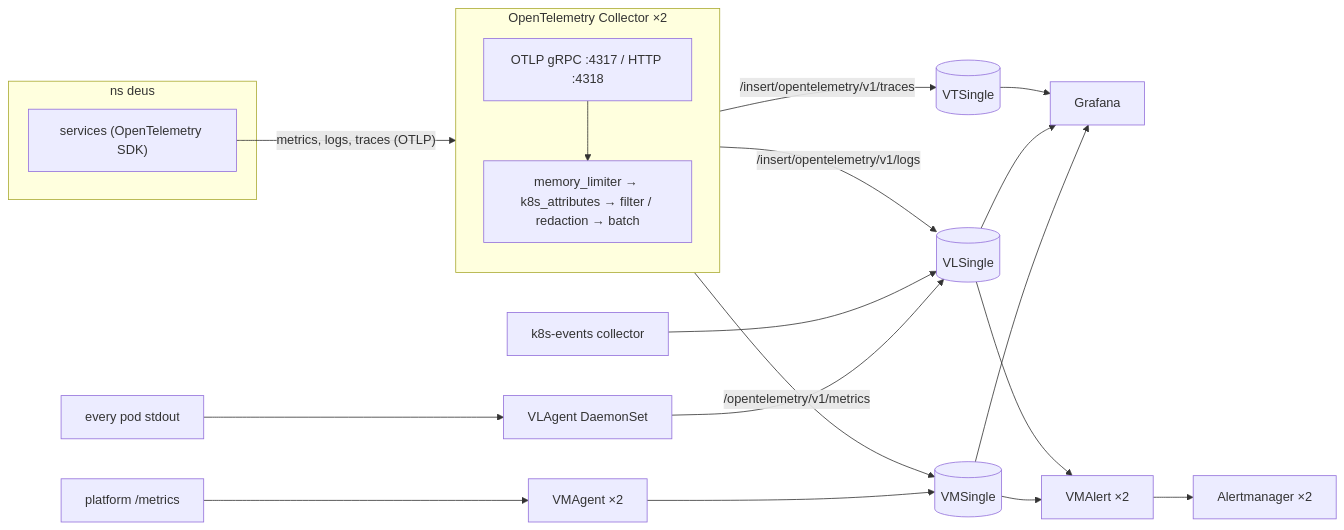
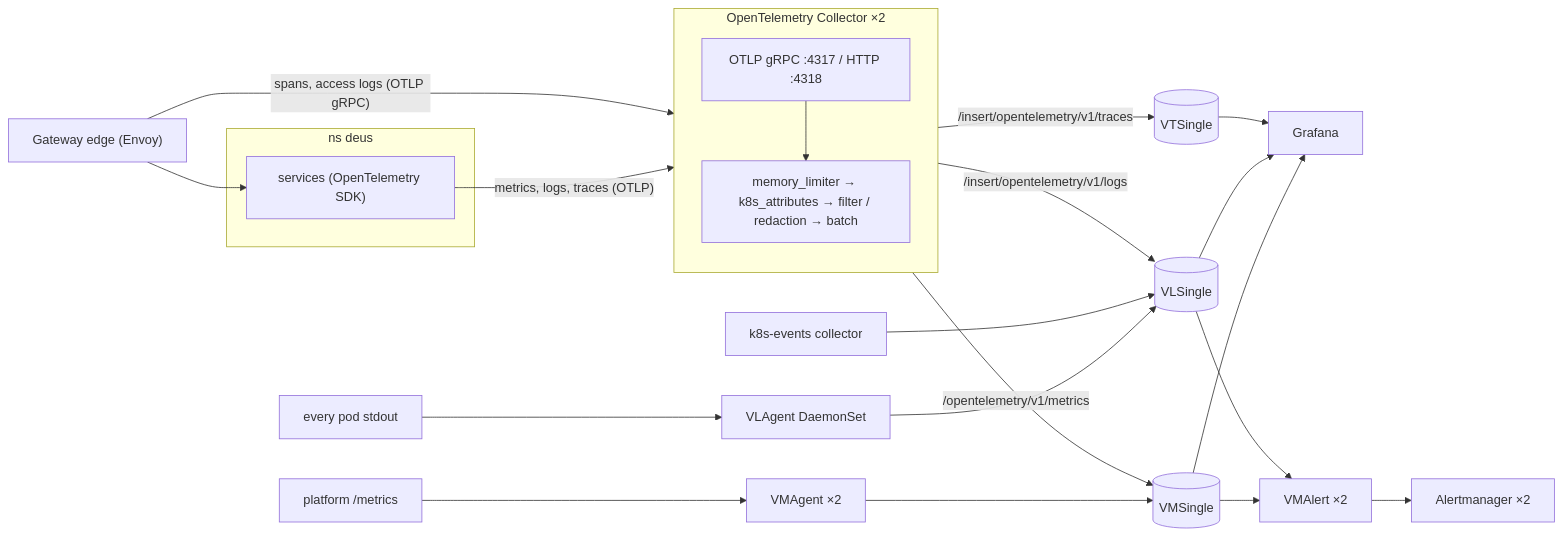
Before and after one commit to alice101-dev/k8s-victoria-observability: the diagram in docs/observability.md, drawn with Mermaid. The commit also changed other lines of this file and 8 other files, not shown here.

First line of the commit message:
kgateway: alerts, runbook and the Gateway — Edge dashboard

````diff
--- a/docs/observability.md
+++ b/docs/observability.md
@@ -26,19 +27,21 @@
 ```mermaid
 flowchart LR
   subgraph apps["ns deus"]
     svc["services (OpenTelemetry SDK)"]
   end
   subgraph gw["OpenTelemetry Collector ×2"]
     direction TB
     rx["OTLP gRPC :4317 / HTTP :4318"] --> proc["memory_limiter → k8s_attributes → filter / redaction → batch"]
   end
   svc -- "metrics, logs, traces (OTLP)" --> rx
+  edge["Gateway edge (Envoy)"] -- "spans, access logs (OTLP gRPC)" --> rx
+  edge --> svc
   proc -- "/opentelemetry/v1/metrics" --> vm[("VMSingle")]
   proc -- "/insert/opentelemetry/v1/logs" --> vl[("VLSingle")]
   proc -- "/insert/opentelemetry/v1/traces" --> vt[("VTSingle")]
   pods["every pod stdout"] --> vla["VLAgent DaemonSet"] --> vl
   targets["platform /metrics"] --> vma["VMAgent ×2"] --> vm
   events["k8s-events collector"] --> vl
   vm & vl & vt --> grafana["Grafana"]
   vm & vl --> vmalert["VMAlert ×2"] --> am["Alertmanager ×2"]
 ```
````
